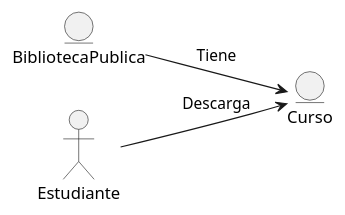
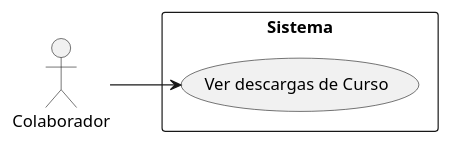
One commit to the-HaMo/PDS-proyect changed the diagram in info/Desarrollo-Caso16.md. Above: the diagram before and after it, drawn with PlantUML. The commit also changed other lines of this file and 8 other files, not shown here.

```diff
--- a/info/Desarrollo-Caso16.md
+++ b/info/Desarrollo-Caso16.md
@@ -5,8 +5,8 @@
 @startuml
 left to right direction
-entity BibliotecaPublica
-entity Curso
-actor Estudiante
-BibliotecaPublica --> Curso : Tiene
-Estudiante --> Curso : Descarga
+actor Colaborador
+rectangle Sistema {
+  (Ver descargas de Curso)
+}
+Colaborador --> (Ver descargas de Curso)
 @enduml
```
